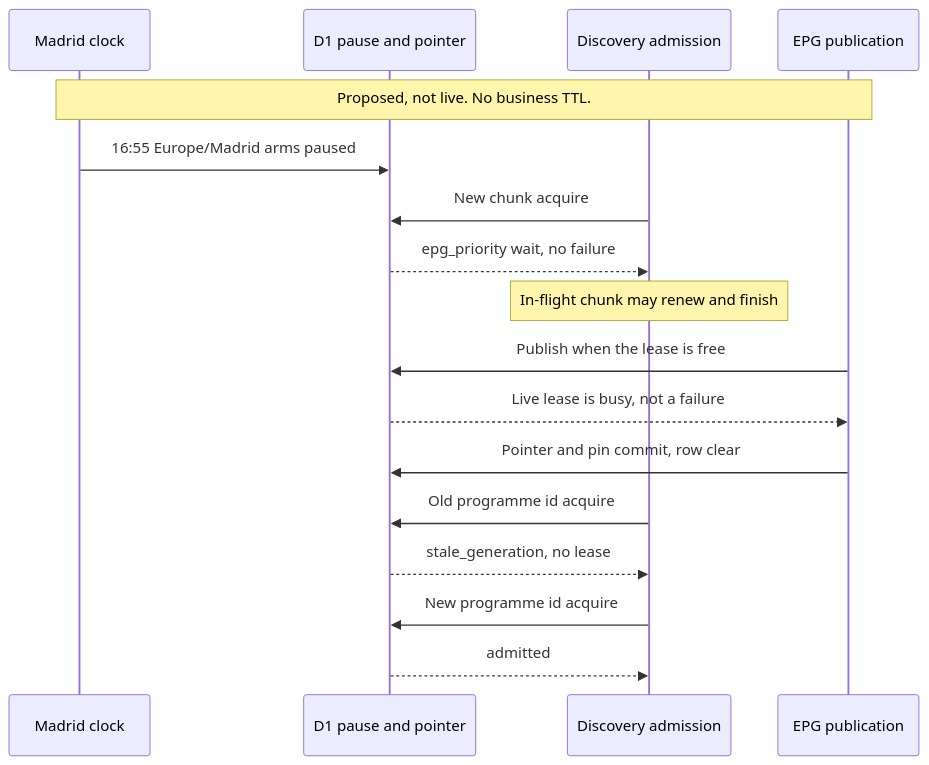
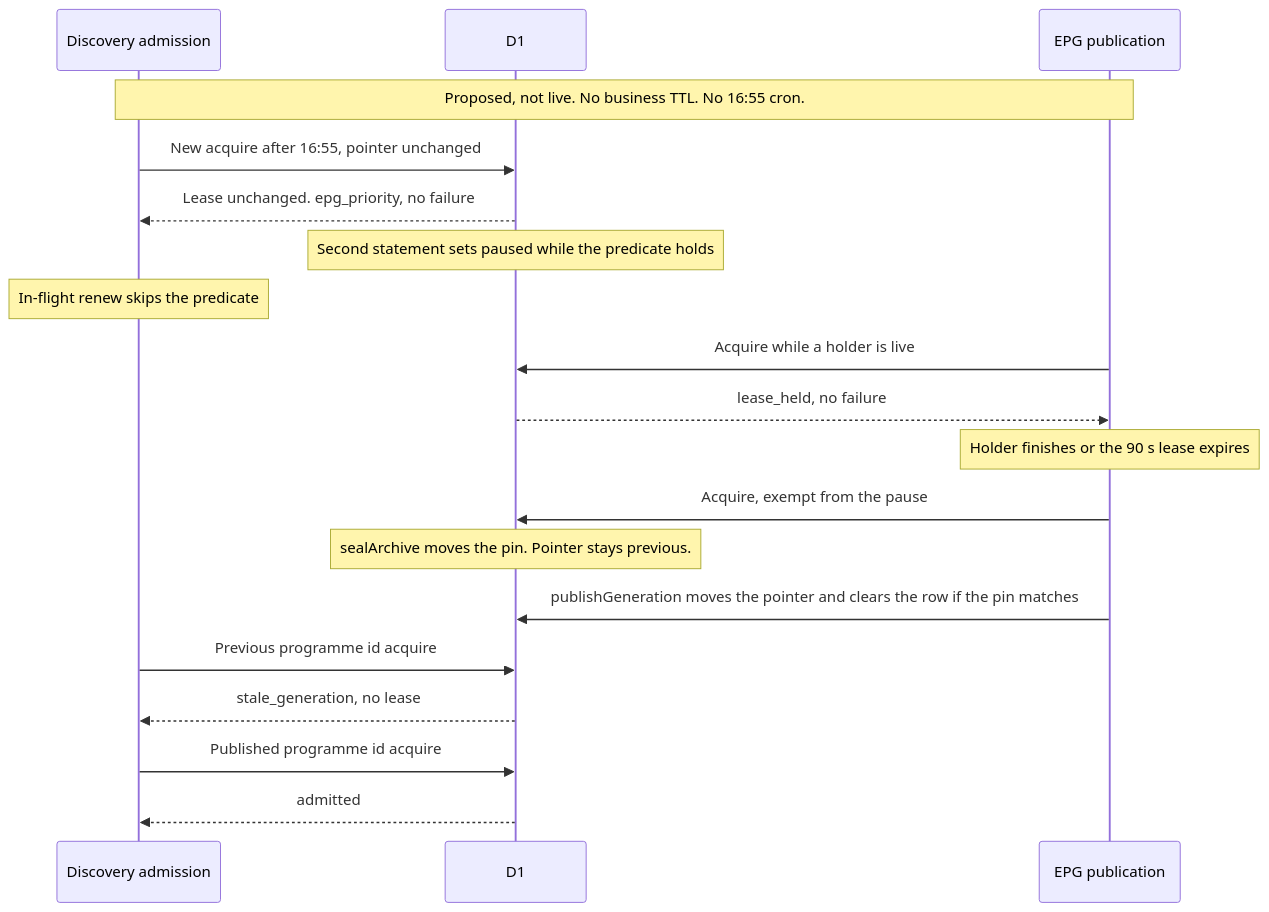
Before and after one commit to vladimino/iptv-watchlist: the fifth of 10 diagrams in docs/architecture/scheduling-and-orchestration.md, drawn with Mermaid. The commit also changed other lines of this file and 4 other files, not shown here.

````diff
--- a/docs/architecture/scheduling-and-orchestration.md
+++ b/docs/architecture/scheduling-and-orchestration.md
@@ -148,19 +148,21 @@
 ```mermaid
 sequenceDiagram
-    participant Clock as Madrid clock
-    participant D1 as D1 pause and pointer
     participant Disc as Discovery admission
+    participant D1 as D1
     participant EPG as EPG publication
-    Note over Clock,EPG: Proposed, not live. No business TTL.
-    Clock->>D1: 16:55 Europe/Madrid arms paused
-    Disc->>D1: New chunk acquire
-    D1-->>Disc: epg_priority wait, no failure
-    Note over Disc: In-flight chunk may renew and finish
-    EPG->>D1: Publish when the lease is free
-    D1-->>EPG: Live lease is busy, not a failure
-    EPG->>D1: Pointer and pin commit, row clear
-    Disc->>D1: Old programme id acquire
+    Note over Disc,EPG: Proposed, not live. No business TTL. No 16:55 cron.
+    Disc->>D1: New acquire after 16:55, pointer unchanged
+    D1-->>Disc: Lease unchanged. epg_priority, no failure
+    Note over D1: Second statement sets paused while the predicate holds
+    Note over Disc: In-flight renew skips the predicate
+    EPG->>D1: Acquire while a holder is live
+    D1-->>EPG: lease_held, no failure
+    Note over EPG: Holder finishes or the 90 s lease expires
+    EPG->>D1: Acquire, exempt from the pause
+    Note over D1: sealArchive moves the pin. Pointer stays previous.
+    EPG->>D1: publishGeneration moves the pointer and clears the row if the pin matches
+    Disc->>D1: Previous programme id acquire
     D1-->>Disc: stale_generation, no lease
-    Disc->>D1: New programme id acquire
+    Disc->>D1: Published programme id acquire
     D1-->>Disc: admitted
 ```
````
